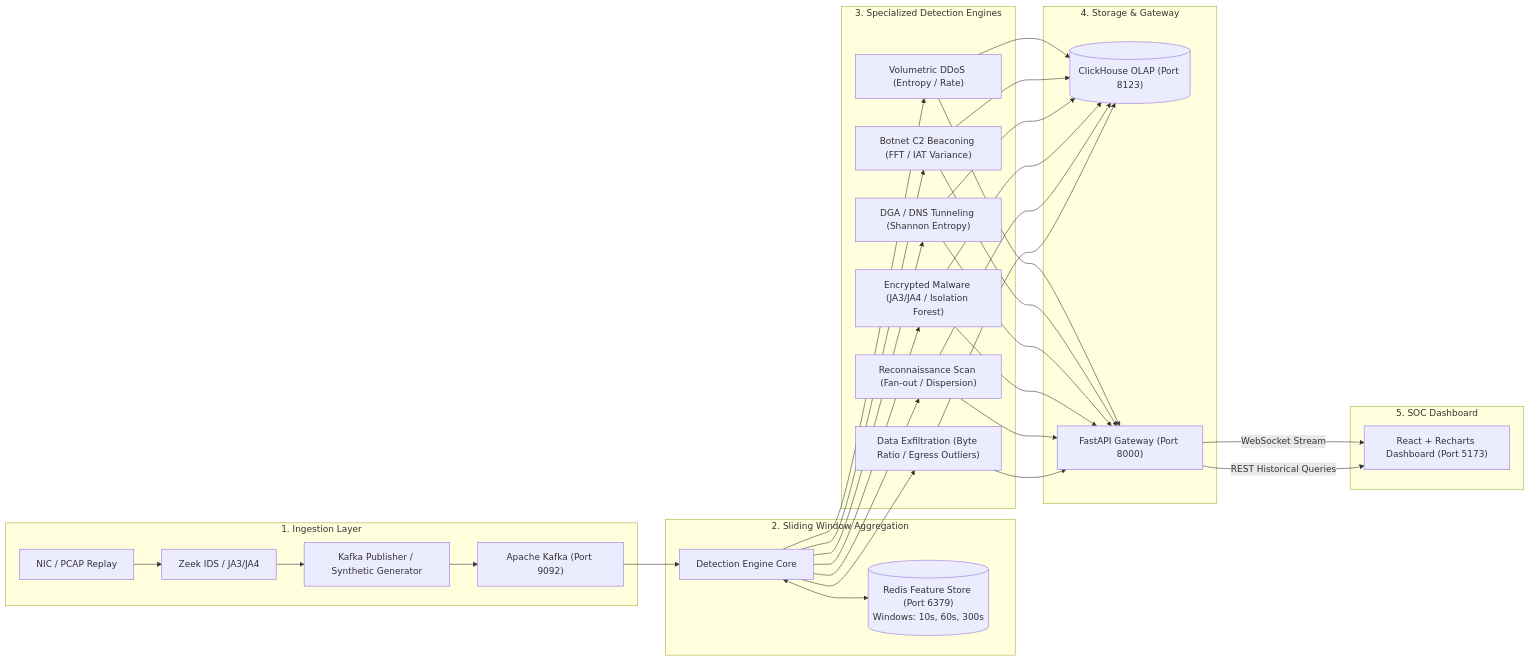
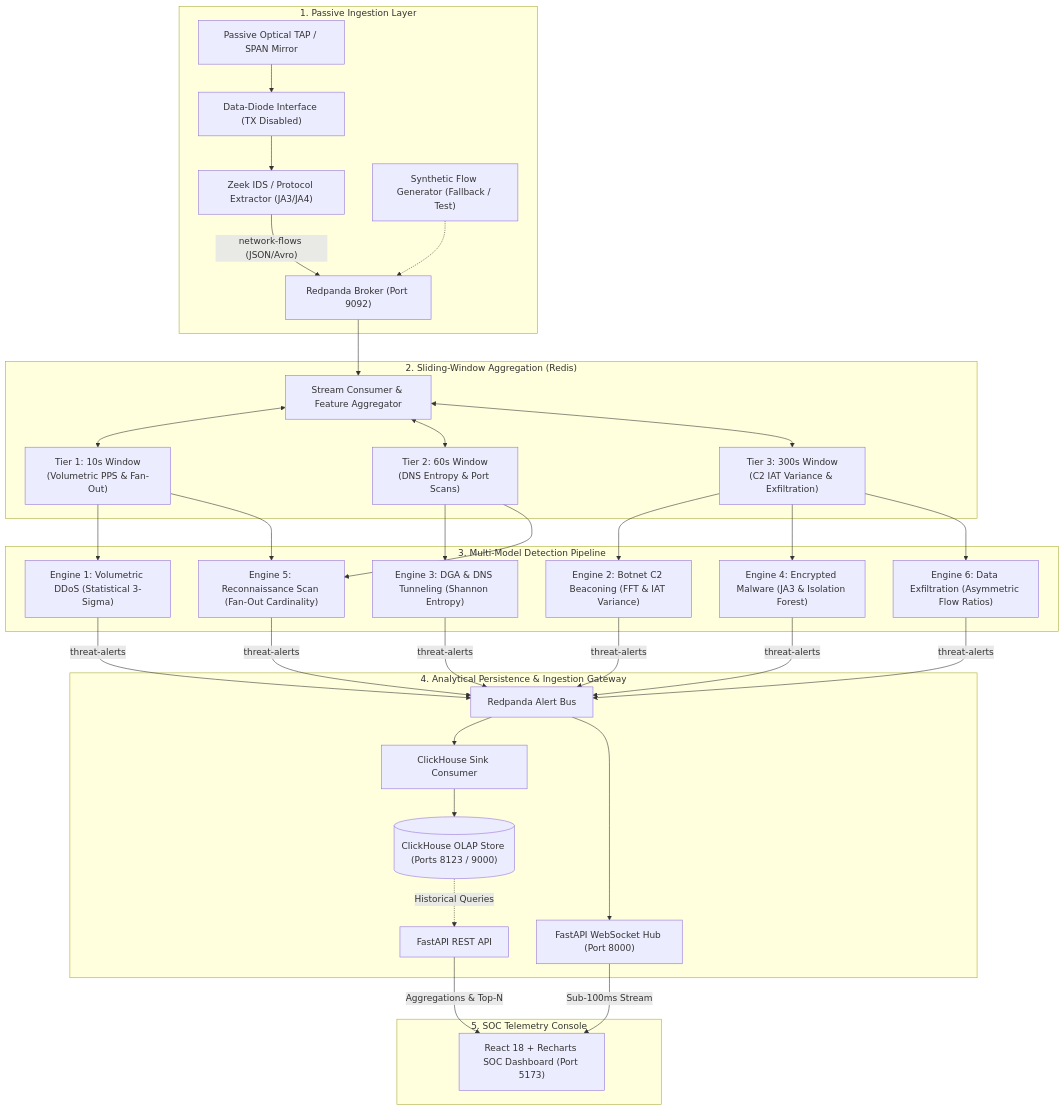
The diagram in README.md (RaKa8904/ThreatLens), drawn with Mermaid before and after one commit. The commit also changed other lines of this file, not shown here.

Commit message:
docs: update system architecture, feature store specifications, and quickstart guide in README.md

````diff
--- a/README.md
+++ b/README.md
@@ -11,32 +19,39 @@
 ```mermaid
-flowchart LR
-    subgraph Ingestion ["1. Ingestion Layer"]
-        NIC["NIC / PCAP Replay"] --> Zeek["Zeek IDS / JA3/JA4"]
-        Zeek --> MockProducer["Kafka Publisher / Synthetic Generator"]
-        MockProducer --> Kafka["Apache Kafka (Port 9092)"]
+flowchart TD
+    subgraph Ingestion ["1. Passive Ingestion Layer"]
+        TAP["Passive Optical TAP / SPAN Mirror"] --> Diode["Data-Diode Interface (TX Disabled)"]
+        Diode --> Zeek["Zeek IDS / Protocol Extractor (JA3/JA4)"]
+        Mock["Synthetic Flow Generator (Fallback / Test)"] -.-> Redpanda
+        Zeek -->|"network-flows (JSON/Avro)"| Redpanda["Redpanda Broker (Port 9092)"]
     end
 
-    subgraph FeatureStore ["2. Sliding Window Aggregation"]
-        Kafka --> Engine["Detection Engine Core"]
-        Engine <--> Redis[("Redis Feature Store (Port 6379)\nWindows: 10s, 60s, 300s")]
+    subgraph FeatureStore ["2. Sliding-Window Aggregation (Redis)"]
+        Redpanda --> IngestWorker["Stream Consumer & Feature Aggregator"]
+        IngestWorker <--> W10["Tier 1: 10s Window\n(Volumetric PPS & Fan-Out)"]
+        IngestWorker <--> W60["Tier 2: 60s Window\n(DNS Entropy & Port Scans)"]
+        IngestWorker <--> W300["Tier 3: 300s Window\n(C2 IAT Variance & Exfiltration)"]
     end
 
-    subgraph DetectionEngines ["3. Specialized Detection Engines"]
-        Engine --> E1["Volumetric DDoS (Entropy / Rate)"]
-        Engine --> E2["Botnet C2 Beaconing (FFT / IAT Variance)"]
-        Engine --> E3["DGA / DNS Tunneling (Shannon Entropy)"]
-        Engine --> E4["Encrypted Malware (JA3/JA4 / Isolation Forest)"]
-        Engine --> E5["Reconnaissance Scan (Fan-out / Dispersion)"]
-        Engine --> E6["Data Exfiltration (Byte Ratio / Egress Outliers)"]
+    subgraph DetectionEngines ["3. Multi-Model Detection Pipeline"]
+        W10 --> E1["Engine 1: Volumetric DDoS (Statistical 3-Sigma)"]
+        W10 --> E5["Engine 5: Reconnaissance Scan (Fan-Out Cardinality)"]
+        W60 --> E3["Engine 3: DGA & DNS Tunneling (Shannon Entropy)"]
+        W60 --> E5
+        W300 --> E2["Engine 2: Botnet C2 Beaconing (FFT & IAT Variance)"]
+        W300 --> E4["Engine 4: Encrypted Malware (JA3 & Isolation Forest)"]
+        W300 --> E6["Engine 6: Data Exfiltration (Asymmetric Flow Ratios)"]
     end
 
-    subgraph PersistenceServing ["4. Storage & Gateway"]
-        E1 & E2 & E3 & E4 & E5 & E6 --> ClickHouse[("ClickHouse OLAP (Port 8123)")]
-        E1 & E2 & E3 & E4 & E5 & E6 --> FastAPIGW["FastAPI Gateway (Port 8000)"]
+    subgraph StorageGateway ["4. Analytical Persistence & Ingestion Gateway"]
+        E1 & E2 & E3 & E4 & E5 & E6 -->|"threat-alerts"| AlertBus["Redpanda Alert Bus"]
+        AlertBus --> CHWriter["ClickHouse Sink Consumer"]
+        AlertBus --> WSHub["FastAPI WebSocket Hub (Port 8000)"]
+        CHWriter --> ClickHouse[("ClickHouse OLAP Store (Ports 8123 / 9000)")]
+        ClickHouse -.->|"Historical Queries"| FastAPIRest["FastAPI REST API"]
     end
 
-    subgraph Presentation ["5. SOC Dashboard"]
-        FastAPIGW -- "WebSocket Stream" --> UI["React + Recharts Dashboard (Port 5173)"]
-        FastAPIGW -- "REST Historical Queries" --> UI
+    subgraph Presentation ["5. SOC Telemetry Console"]
+        WSHub -->|"Sub-100ms Stream"| SOCUI["React 18 + Recharts SOC Dashboard (Port 5173)"]
+        FastAPIRest -->|"Aggregations & Top-N"| SOCUI
     end
 ```
````
